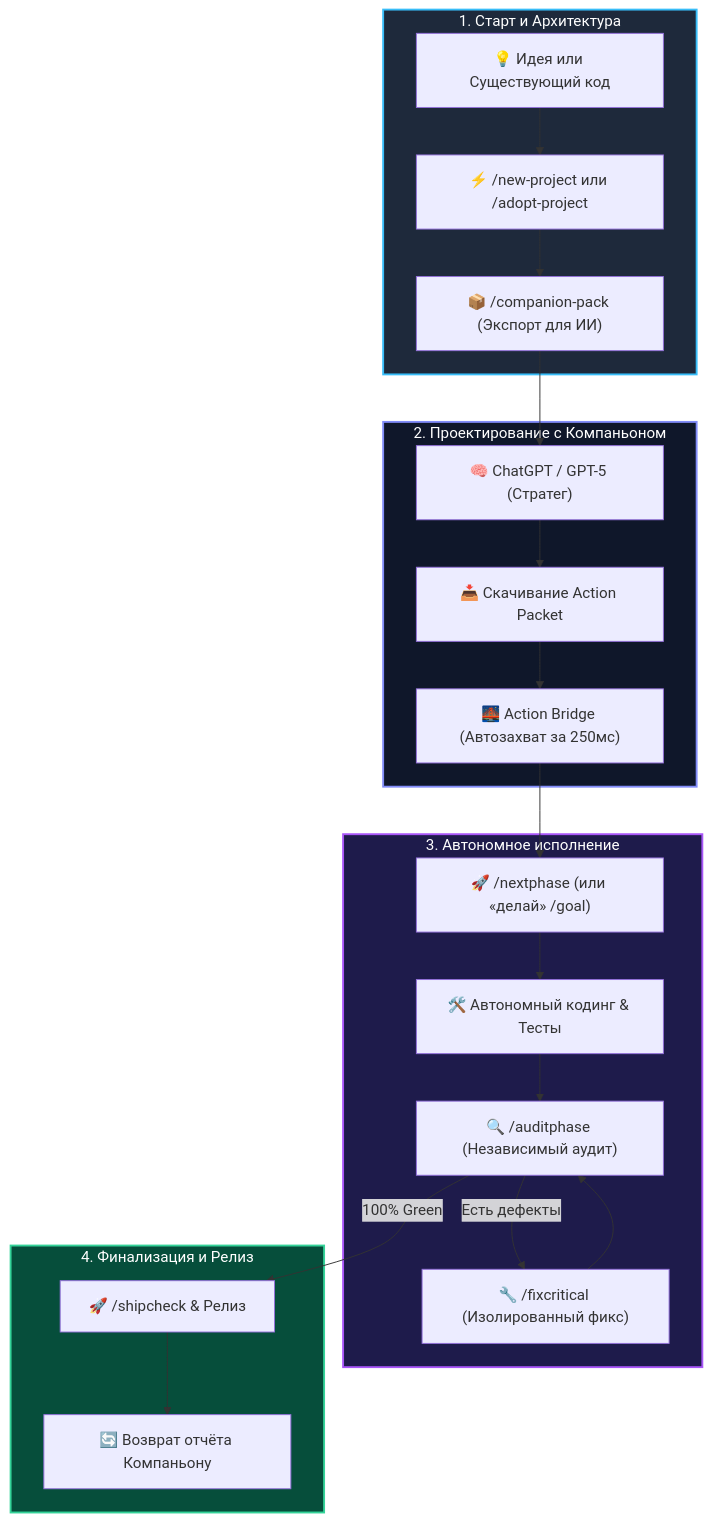
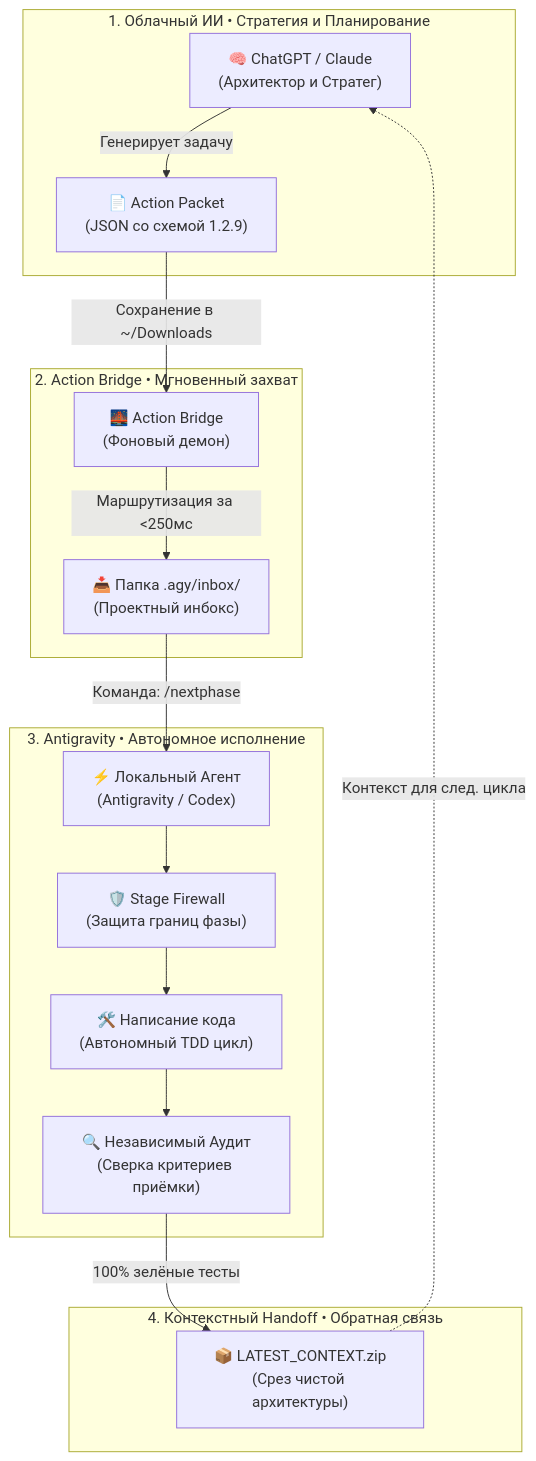
The diagram in templates/agy-project-base/docs/reference/COMMANDS_AND_SKILLS_DIRECTORY.md (0xAgentive/agentic-pipeline), drawn with Mermaid before and after one commit. The commit also changed other lines of this file and 4 other files, not shown here.

Commit message:
docs(diagrams): fix Mermaid text clipping artifacts and add crisp ASCII lifecycle card

````diff
--- a/templates/agy-project-base/docs/reference/COMMANDS_AND_SKILLS_DIRECTORY.md
+++ b/templates/agy-project-base/docs/reference/COMMANDS_AND_SKILLS_DIRECTORY.md
@@ -12,31 +38,31 @@
 ```mermaid
 flowchart TD
-    subgraph S1["1. Старт и Архитектура"]
-        A["💡 Идея или Существующий код"] --> B["⚡ /new-project или /adopt-project"]
-        B --> C["📦 /companion-pack (Экспорт для ИИ)"]
+    subgraph S1["1. Облачный ИИ • Стратегия и Планирование"]
+        A["🧠 ChatGPT / Claude<br/>(Архитектор и Стратег)"]
+        B["📄 Action Packet<br/>(JSON со схемой 1.2.9)"]
+        A -->|"Генерирует задачу"| B
     end
 
-    subgraph S2["2. Проектирование с Компаньоном"]
-        C --> D["🧠 ChatGPT / GPT-5 (Стратег)"]
-        D --> E["📥 Скачивание Action Packet"]
-        E --> F["🌉 Action Bridge (Автозахват за 250мс)"]
+    subgraph S2["2. Action Bridge • Мгновенный захват"]
+        C["🌉 Action Bridge<br/>(Фоновый демон)"]
+        D["📥 Папка .agy/inbox/<br/>(Проектный инбокс)"]
+        C -->|"Маршрутизация за &lt;250мс"| D
     end
 
-    subgraph S3["3. Автономное исполнение"]
-        F --> G["🚀 /nextphase (или «делай» /goal)"]
-        G --> H["🛠️ Автономный кодинг & Тесты"]
-        H --> I["🔍 /auditphase (Независимый аудит)"]
-        I -- "Есть дефекты" --> J["🔧 /fixcritical (Изолированный фикс)"]
-        J --> I
+    subgraph S3["3. Antigravity • Автономное исполнение"]
+        E["⚡ Локальный Агент<br/>(Antigravity / Codex)"]
+        F["🛡️ Stage Firewall<br/>(Защита границ фазы)"]
+        G["🛠️ Написание кода<br/>(Автономный TDD цикл)"]
+        H["🔍 Независимый Аудит<br/>(Сверка критериев приёмки)"]
+        E --> F --> G --> H
     end
 
-    subgraph S4["4. Финализация и Релиз"]
-        I -- "100% Green" --> K["🚀 /shipcheck & Релиз"]
-        K --> L["🔄 Возврат отчёта Компаньону"]
+    subgraph S4["4. Контекстный Handoff • Обратная связь"]
+        I["📦 LATEST_CONTEXT.zip<br/>(Срез чистой архитектуры)"]
     end
 
-    style S1 fill:#1e293b,stroke:#38bdf8,stroke-width:2px,color:#fff
-    style S2 fill:#0f172a,stroke:#818cf8,stroke-width:2px,color:#fff
-    style S3 fill:#1e1b4b,stroke:#a855f7,stroke-width:2px,color:#fff
-    style S4 fill:#064e3b,stroke:#34d399,stroke-width:2px,color:#fff
+    B -->|"Сохранение в ~/Downloads"| C
+    D -->|"Команда: /nextphase"| E
+    H -->|"100% зелёные тесты"| I
+    I -.->|"Контекст для след. цикла"| A
 ```
````
